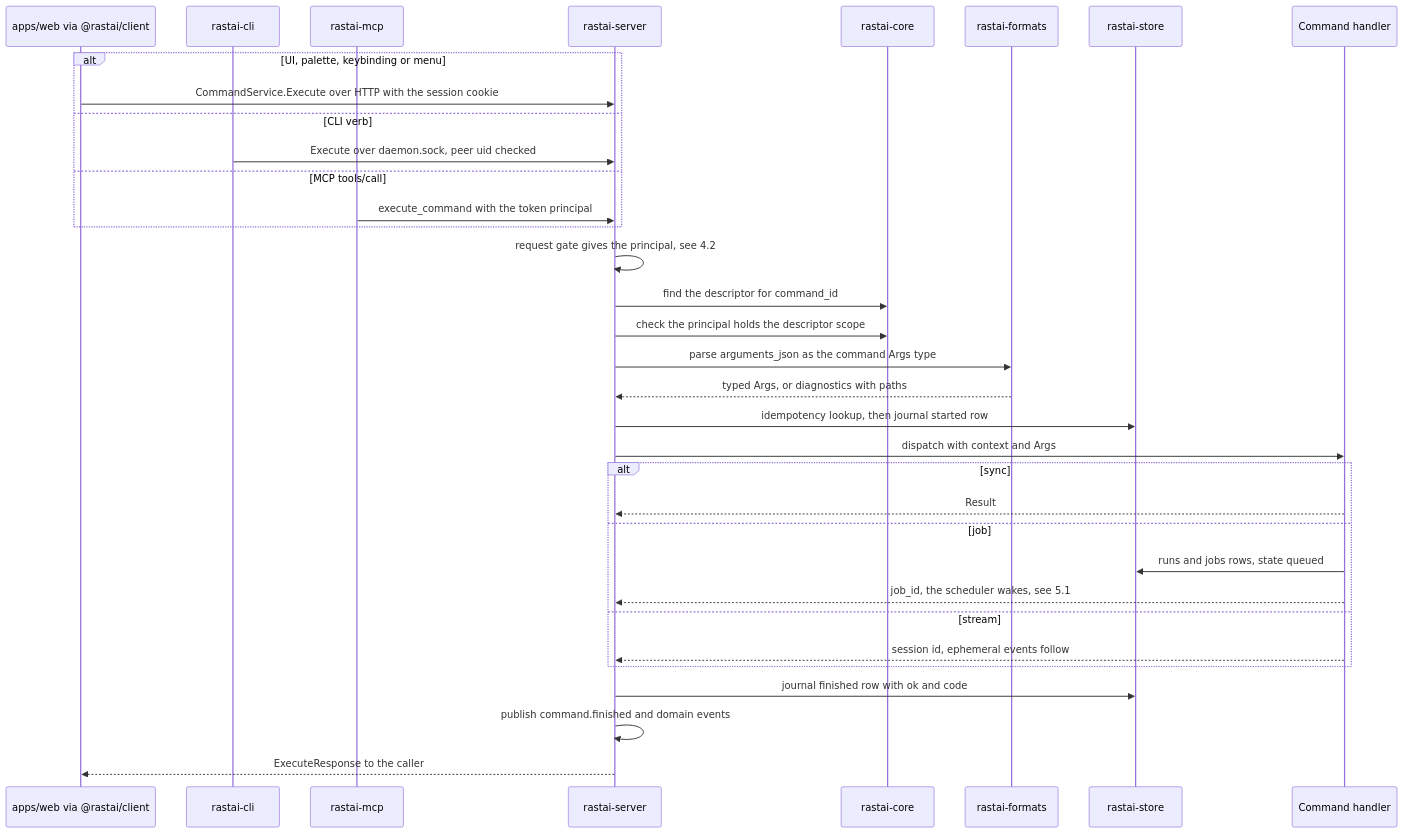
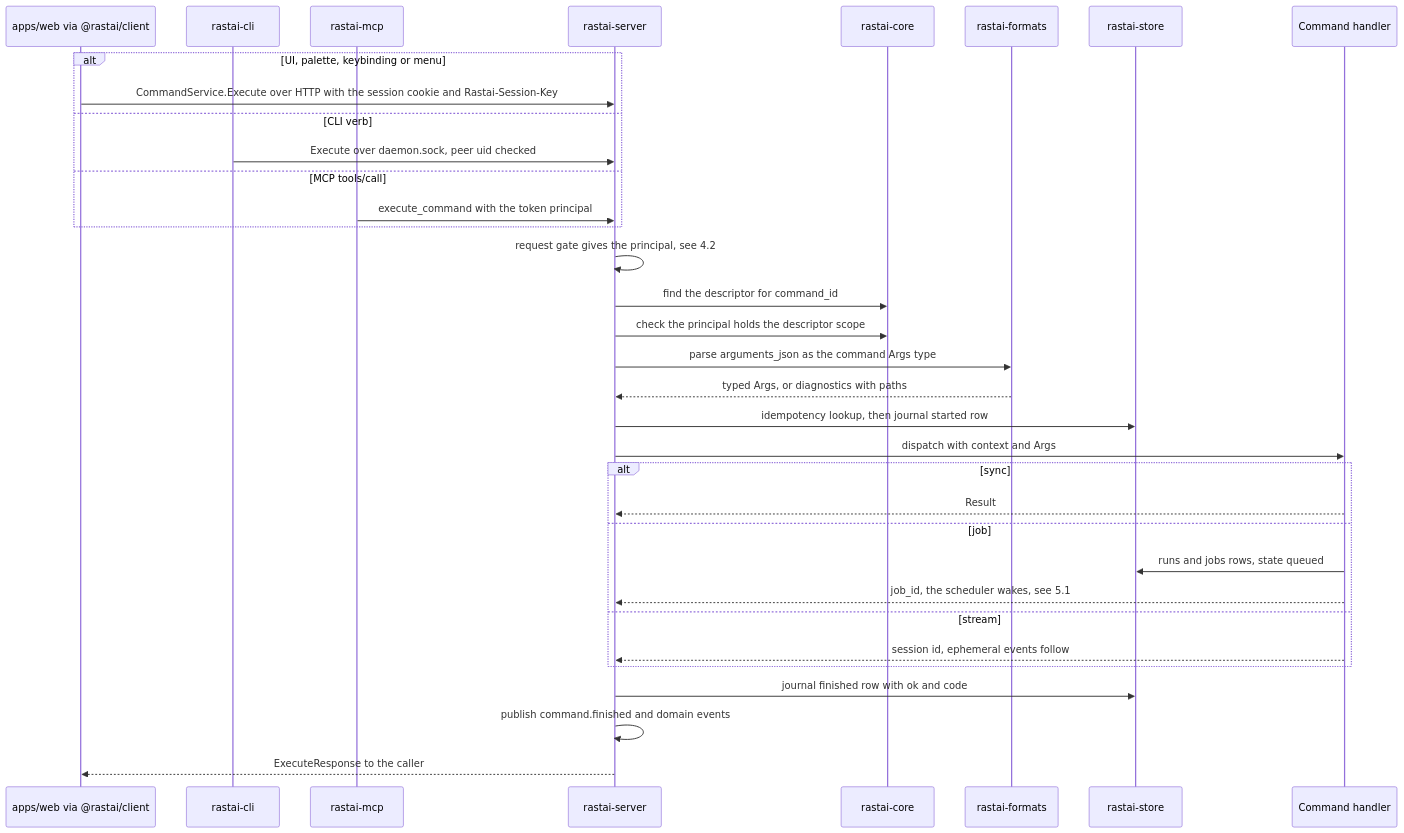
One commit to Snubiss/RASTAI-Research-Studio changed diagram 12 of 55 in docs/architecture/flows/platform.md. Above: the diagram before and after it, drawn with Mermaid. The commit also changed other lines of this file and 5 other files, not shown here.

````diff
--- a/docs/architecture/flows/platform.md
+++ b/docs/architecture/flows/platform.md
@@ -561,36 +561,36 @@
 ```mermaid
 sequenceDiagram
   participant UI as apps/web via @rastai/client
   participant CLI as rastai-cli
   participant MCP as rastai-mcp
   participant SRV as rastai-server
   participant CORE as rastai-core
   participant FMT as rastai-formats
   participant STO as rastai-store
   participant H as Command handler
   alt UI, palette, keybinding or menu
-    UI->>SRV: CommandService.Execute over HTTP with the session cookie
+    UI->>SRV: CommandService.Execute over HTTP with the session cookie and Rastai-Session-Key
   else CLI verb
     CLI->>SRV: Execute over daemon.sock, peer uid checked
   else MCP tools/call
     MCP->>SRV: execute_command with the token principal
   end
   SRV->>SRV: request gate gives the principal, see 4.2
   SRV->>CORE: find the descriptor for command_id
   SRV->>CORE: check the principal holds the descriptor scope
   SRV->>FMT: parse arguments_json as the command Args type
   FMT-->>SRV: typed Args, or diagnostics with paths
   SRV->>STO: idempotency lookup, then journal started row
   SRV->>H: dispatch with context and Args
   alt sync
     H-->>SRV: Result
   else job
     H->>STO: runs and jobs rows, state queued
     H-->>SRV: job_id, the scheduler wakes, see 5.1
   else stream
     H-->>SRV: session id, ephemeral events follow
   end
   SRV->>STO: journal finished row with ok and code
   SRV->>SRV: publish command.finished and domain events
   SRV-->>UI: ExecuteResponse to the caller
 ```
````
